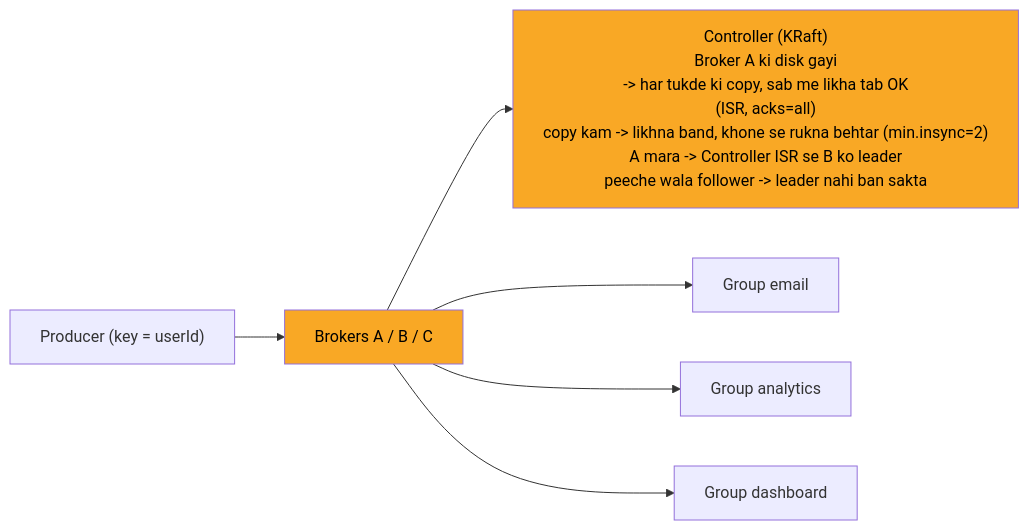
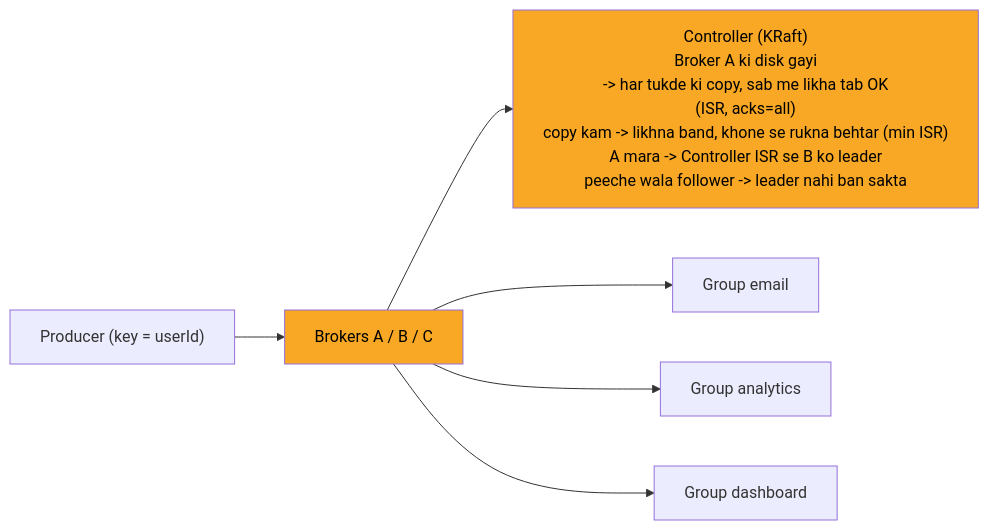
Before and after one commit to ArpanMaheshwari144/Prep: the seventh of 12 diagrams in 04_HLD/SYSTEM_DESIGNS/12_message_queue_kafka/12_message_queue_kafka.md, drawn with Mermaid. The commit also changed other lines of this file and 13 other files, not shown here.

````diff
--- a/04_HLD/SYSTEM_DESIGNS/12_message_queue_kafka/12_message_queue_kafka.md
+++ b/04_HLD/SYSTEM_DESIGNS/12_message_queue_kafka/12_message_queue_kafka.md
@@ -242,17 +242,17 @@
 ```mermaid
 %%{init: {"flowchart": {"wrappingWidth": 450}}}%%
 flowchart LR
     n_P["Producer (key = userId)"]
     n_B["Brokers A / B / C"]
-    n_K["Controller (KRaft)<br/>Broker A ki disk gayi<br/>-> har tukde ki copy, sab me likha tab OK<br/>(ISR, acks=all)<br/>copy kam -> likhna band, khone se rukna behtar (min.insync=2)<br/>A mara -> Controller ISR se B ko leader<br/>peeche wala follower -> leader nahi ban sakta"]
+    n_K["Controller (KRaft)<br/>Broker A ki disk gayi<br/>-> har tukde ki copy, sab me likha tab OK<br/>(ISR, acks=all)<br/>copy kam -> likhna band, khone se rukna behtar (min ISR)<br/>A mara -> Controller ISR se B ko leader<br/>peeche wala follower -> leader nahi ban sakta"]
     n_GE["Group email"]
     n_GA["Group analytics"]
     n_GD["Group dashboard"]
     n_P --> n_B
     n_B --> n_K
     n_B --> n_GE
     n_B --> n_GA
     n_B --> n_GD
     style n_K fill:#f9a825,color:#000
     style n_B fill:#f9a825,color:#000
 ```
````
